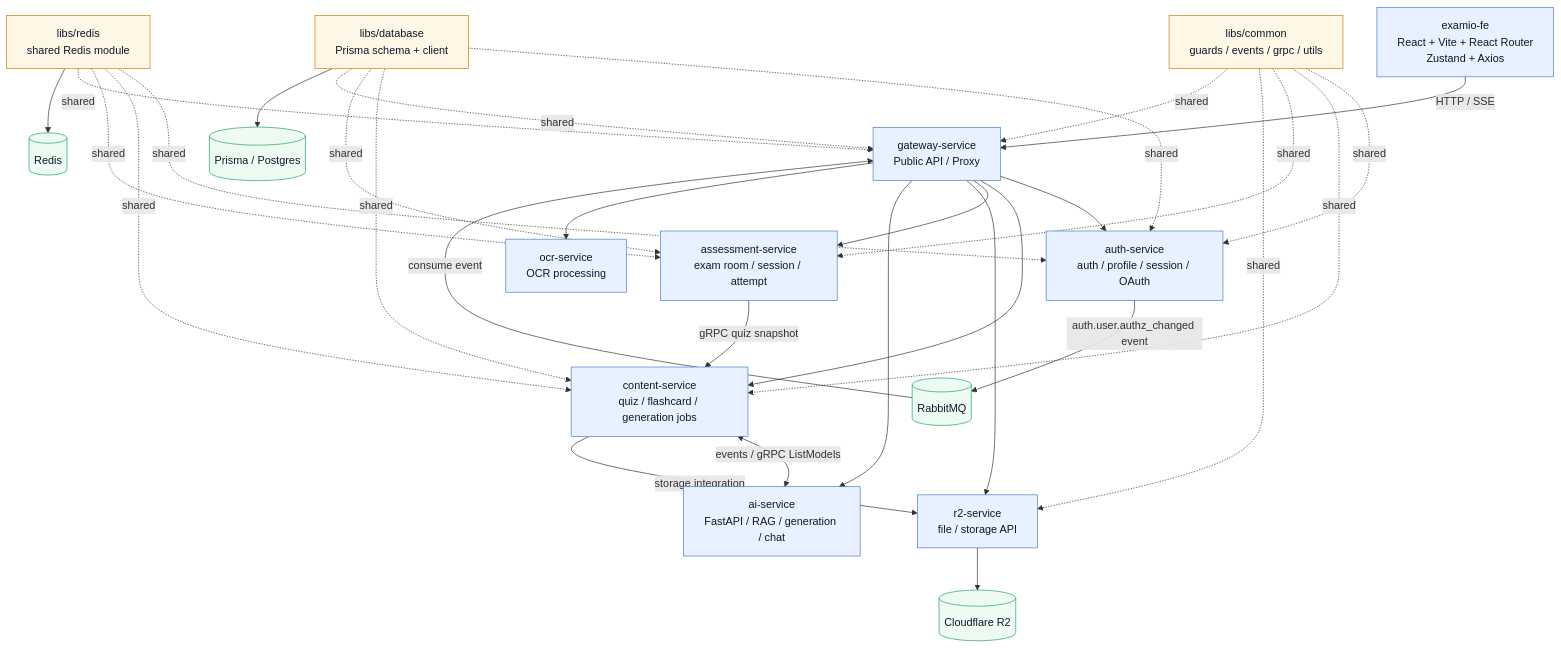
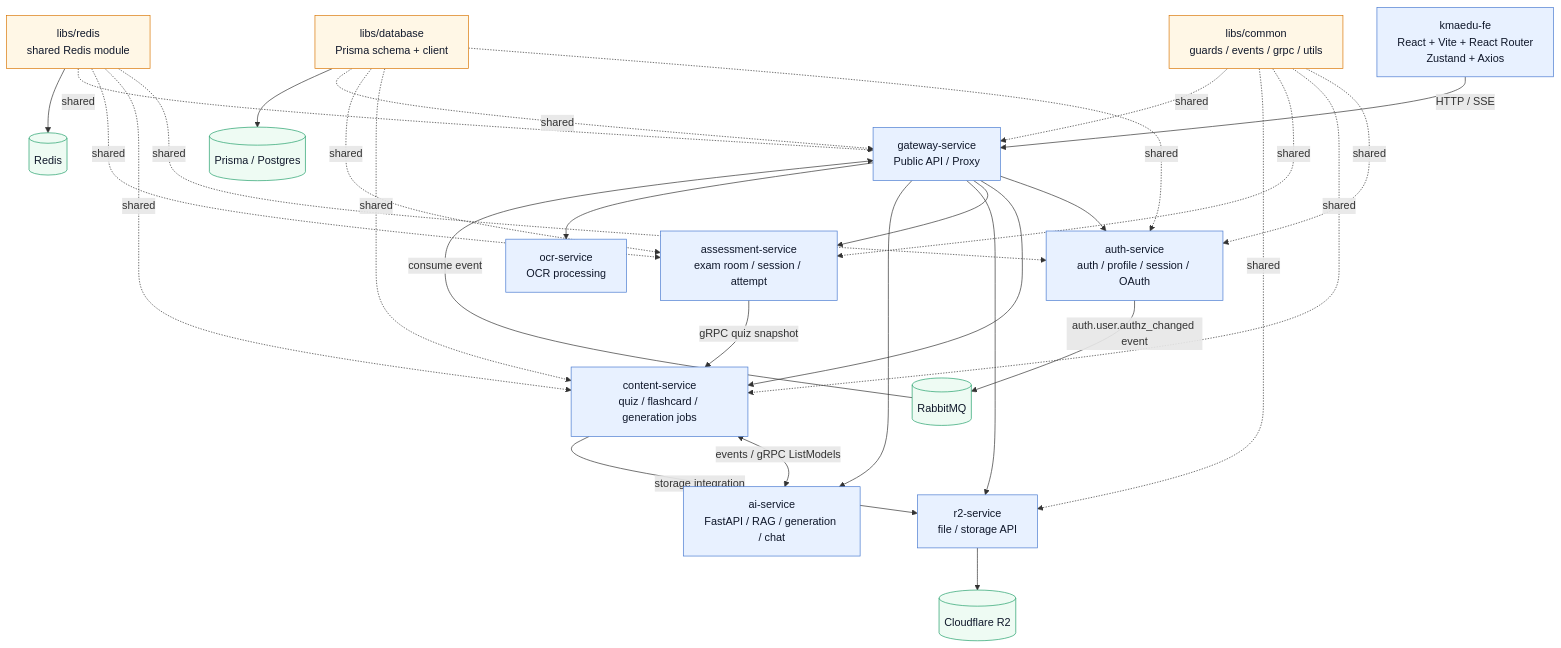
The diagram in architecture-overview.mmd (tgiap04/examio), drawn with Mermaid before and after one commit. The commit also changed 3042 other files, not shown here.

First line of the commit message:
chore!: rename examio to kmaedu across the repository

```diff
--- a/architecture-overview.mmd
+++ b/architecture-overview.mmd
@@ -1,48 +1,48 @@
 flowchart TB
-    FE["examio-fe<br/>React + Vite + React Router<br/>Zustand + Axios"] -->|HTTP / SSE| GW["gateway-service<br/>Public API / Proxy"]
+    FE["kmaedu-fe<br/>React + Vite + React Router<br/>Zustand + Axios"] -->|HTTP / SSE| GW["gateway-service<br/>Public API / Proxy"]
 
     GW --> AUTH["auth-service<br/>auth / profile / session / OAuth"]
     GW --> CONTENT["content-service<br/>quiz / flashcard / generation jobs"]
     GW --> ASSESS["assessment-service<br/>exam room / session / attempt"]
     GW --> R2S["r2-service<br/>file / storage API"]
     GW --> AI["ai-service<br/>FastAPI / RAG / generation / chat"]
     GW --> OCR["ocr-service<br/>OCR processing"]
 
     AUTH -->|auth.user.authz_changed event| MQ[(RabbitMQ)]
     MQ -->|consume event| GW
 
     CONTENT <-->|events / gRPC ListModels| AI
     CONTENT -->|storage integration| R2S
     ASSESS -->|gRPC quiz snapshot| CONTENT
     R2S --> R2[(Cloudflare R2)]
 
     COMMON["libs/common<br/>guards / events / grpc / utils"]
     DBLIB["libs/database<br/>Prisma schema + client"]
     REDISLIB["libs/redis<br/>shared Redis module"]
 
     COMMON -. shared .-> AUTH
     COMMON -. shared .-> CONTENT
     COMMON -. shared .-> ASSESS
     COMMON -. shared .-> R2S
     COMMON -. shared .-> GW
 
     DBLIB -. shared .-> AUTH
     DBLIB -. shared .-> CONTENT
     DBLIB -. shared .-> ASSESS
     DBLIB -. shared .-> GW
 
     REDISLIB -. shared .-> AUTH
     REDISLIB -. shared .-> CONTENT
     REDISLIB -. shared .-> ASSESS
     REDISLIB -. shared .-> GW
 
     DBLIB --> PG[(Prisma / Postgres)]
     REDISLIB --> REDIS[(Redis)]
 
     classDef app fill:#e8f1ff,stroke:#4a7bd1,color:#0f172a
     classDef infra fill:#eefbf3,stroke:#22a06b,color:#0f172a
     classDef shared fill:#fff7e6,stroke:#d97706,color:#0f172a
 
     class FE,GW,AUTH,CONTENT,ASSESS,R2S,AI,OCR app
     class MQ,R2,PG,REDIS infra
     class COMMON,DBLIB,REDISLIB shared
```
